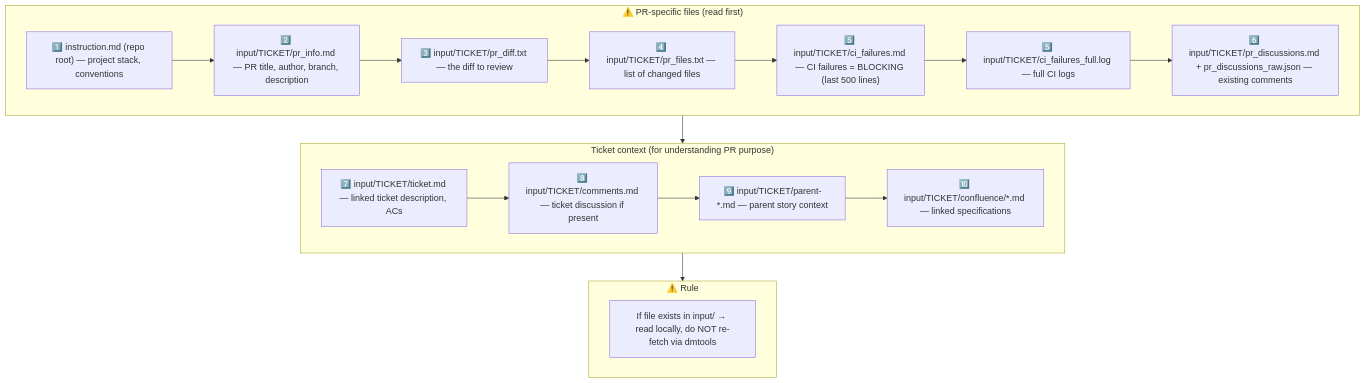
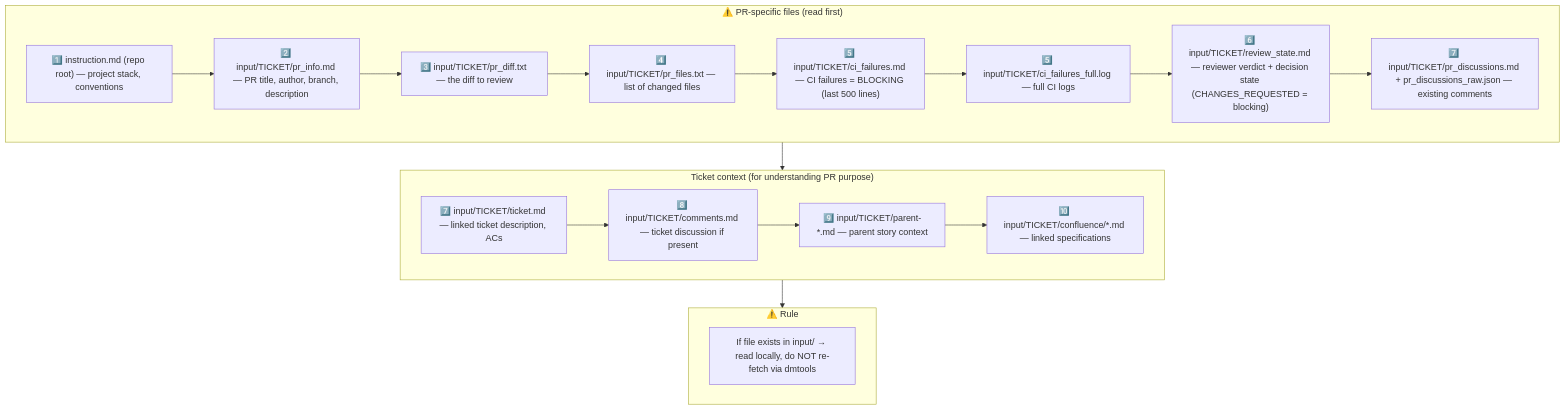
The second of 2 diagrams in instructions/pr_rework/general_guidelines.md (IstiN/dmtools-agents), drawn with Mermaid before and after one commit. The commit also changed other lines of this file and 8 other files, not shown here.

Commit message:
gh-799: pinned rework input trio (threads+CI+verdict) + honest live-rechecked completion

````diff
--- a/instructions/pr_rework/general_guidelines.md
+++ b/instructions/pr_rework/general_guidelines.md
@@ -31,27 +31,28 @@
 ```mermaid
 flowchart TD
     subgraph PR_CONTEXT["⚠️ PR-specific files (read first)"]
         P1["1️⃣ instruction.md (repo root) — project stack, conventions"]
         P2["2️⃣ input/TICKET/pr_info.md — PR title, author, branch, description"]
         P3["3️⃣ input/TICKET/pr_diff.txt — the diff to review"]
         P4["4️⃣ input/TICKET/pr_files.txt — list of changed files"]
         P5["5️⃣ input/TICKET/ci_failures.md — CI failures = BLOCKING (last 500 lines)"]
         P5_FULL["5️⃣ input/TICKET/ci_failures_full.log — full CI logs"]
-        P6["6️⃣ input/TICKET/pr_discussions.md + pr_discussions_raw.json — existing comments"]
-        P1 --> P2 --> P3 --> P4 --> P5 --> P5_FULL --> P6
+        P6["6️⃣ input/TICKET/review_state.md — reviewer verdict + decision state (CHANGES_REQUESTED = blocking)"]
+        P7["7️⃣ input/TICKET/pr_discussions.md + pr_discussions_raw.json — existing comments"]
+        P1 --> P2 --> P3 --> P4 --> P5 --> P5_FULL --> P6 --> P7
     end
 
     subgraph TICKET_CONTEXT["Ticket context (for understanding PR purpose)"]
         T1["7️⃣ input/TICKET/ticket.md — linked ticket description, ACs"]
         T2["8️⃣ input/TICKET/comments.md — ticket discussion if present"]
         T3["9️⃣ input/TICKET/parent-*.md — parent story context"]
         T4["🔟 input/TICKET/confluence/*.md — linked specifications"]
         T1 --> T2 --> T3 --> T4
     end
 
     subgraph RULE["⚠️ Rule"]
         R1["If file exists in input/ → read locally, do NOT re-fetch via dmtools"]
     end
 
     PR_CONTEXT --> TICKET_CONTEXT --> RULE
 ```
````
